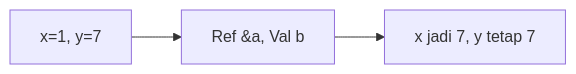
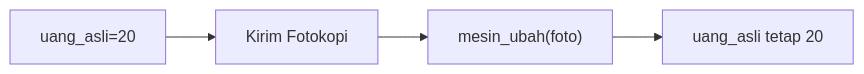
One commit to amnahwaida/OSNK_INF_PREP changed the fourth of 25 diagrams in part-c-pemahaman-cpp/04-fungsi/latihan/set-10.md. Above: the diagram before and after it, drawn with Mermaid. The commit also changed other lines of this file and 71 other files, not shown here.

````diff
--- a/part-c-pemahaman-cpp/04-fungsi/latihan/set-10.md
+++ b/part-c-pemahaman-cpp/04-fungsi/latihan/set-10.md
@@ -100,5 +105,6 @@
 ```mermaid
 graph LR
-A["x=1, y=7"] --> B["Ref &a, Val b"]
-B --> C["x jadi 7, y tetap 7"]
+A["uang_asli=20"] --> B["Kirim Fotokopi"]
+B --> C["mesin_ubah(foto)"]
+C --> D["uang_asli tetap 20"]
 ```
````
